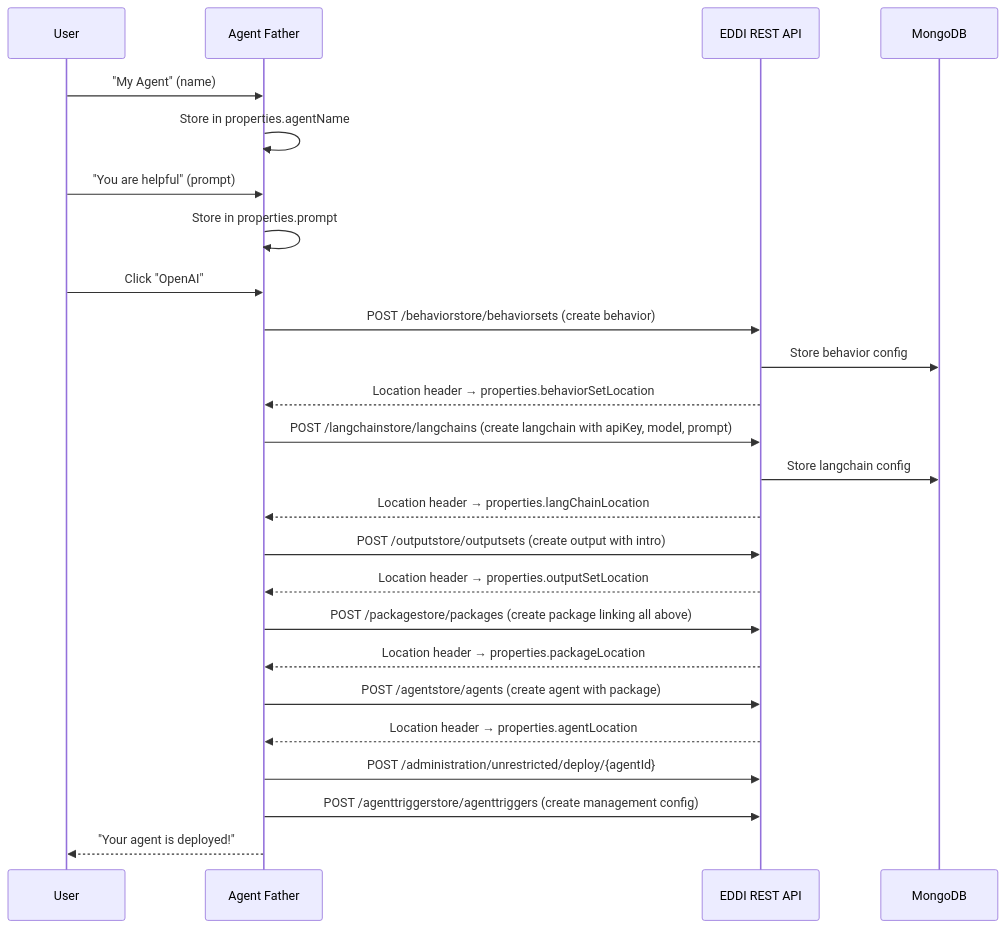
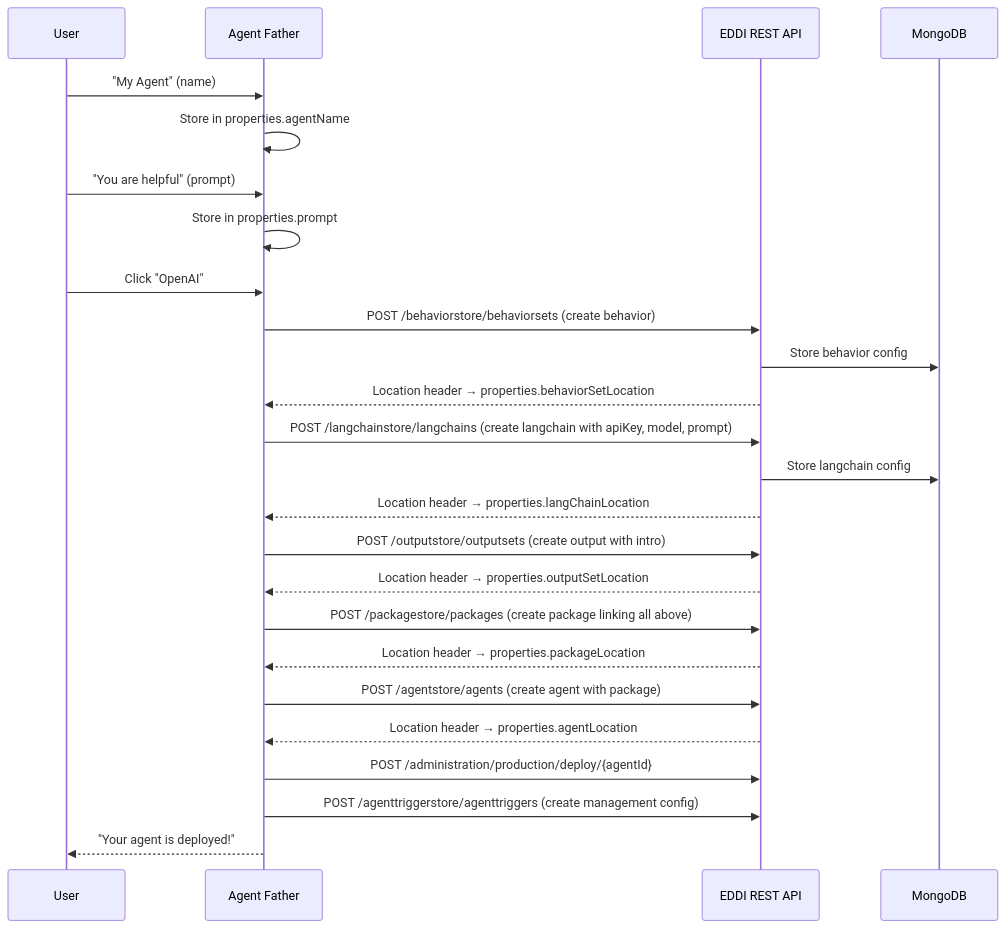
One commit to labsai/EDDI changed the second of 5 diagrams in docs/v6-planning/business-logic-analysis.md. Above: the diagram before and after it, drawn with Mermaid. The commit also changed 66 other files, not shown here.

````diff
--- a/docs/v6-planning/business-logic-analysis.md
+++ b/docs/v6-planning/business-logic-analysis.md
@@ -141,28 +141,28 @@
 ```mermaid
 sequenceDiagram
     participant U as User
     participant BF as Agent Father
     participant API as EDDI REST API
     participant DB as MongoDB
 
     U->>BF: "My Agent" (name)
     BF->>BF: Store in properties.agentName
     U->>BF: "You are helpful" (prompt)
     BF->>BF: Store in properties.prompt
     U->>BF: Click "OpenAI"
     BF->>API: POST /behaviorstore/behaviorsets (create behavior)
     API->>DB: Store behavior config
     API-->>BF: Location header → properties.behaviorSetLocation
     BF->>API: POST /langchainstore/langchains (create langchain with apiKey, model, prompt)
     API->>DB: Store langchain config
     API-->>BF: Location header → properties.langChainLocation
     BF->>API: POST /outputstore/outputsets (create output with intro)
     API-->>BF: Location header → properties.outputSetLocation
     BF->>API: POST /packagestore/packages (create package linking all above)
     API-->>BF: Location header → properties.packageLocation
     BF->>API: POST /agentstore/agents (create agent with package)
     API-->>BF: Location header → properties.agentLocation
-    BF->>API: POST /administration/unrestricted/deploy/{agentId}
+    BF->>API: POST /administration/production/deploy/{agentId}
     BF->>API: POST /agenttriggerstore/agenttriggers (create management config)
     BF-->>U: "Your agent is deployed!"
 ```
````
